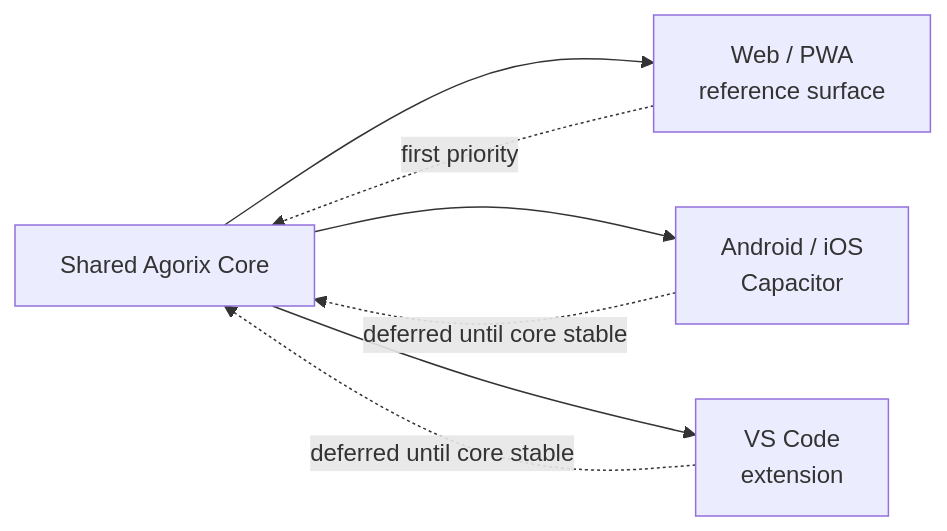
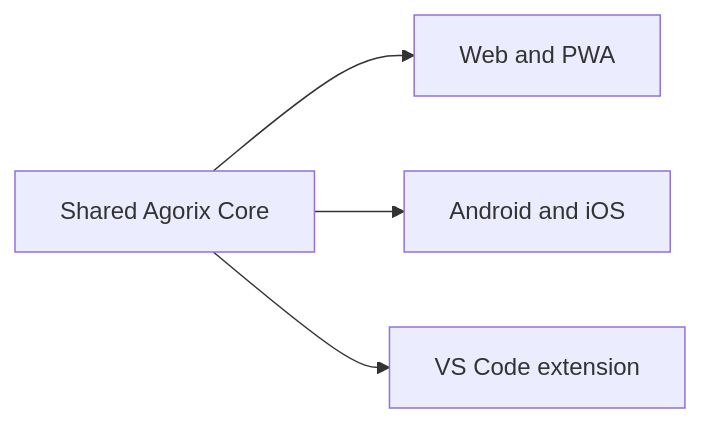
One commit to Modern-Ash/agorix changed diagram 13 of 16 in README.md. Above: the diagram before and after it, drawn with Mermaid. The commit also changed other lines of this file, not shown here.

Commit message:
docs: make Mermaid diagrams GitHub-safe

````diff
--- a/README.md
+++ b/README.md
@@ -623,12 +588,7 @@
 ```mermaid
 flowchart LR
-    CORE["Shared Agorix Core"]
-
-    CORE --> WEB["Web / PWA<br/>reference surface"]
-    CORE --> MOBILE["Android / iOS<br/>Capacitor"]
-    CORE --> VSC["VS Code<br/>extension"]
-
-    WEB -. first priority .-> CORE
-    MOBILE -. deferred until core stable .-> CORE
-    VSC -. deferred until core stable .-> CORE
+    CORE[Shared Agorix Core]
+    CORE --> WEB[Web and PWA]
+    CORE --> MOBILE[Android and iOS]
+    CORE --> VSC[VS Code extension]
 ```
````
